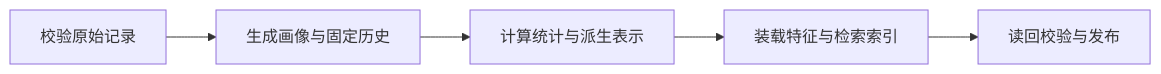
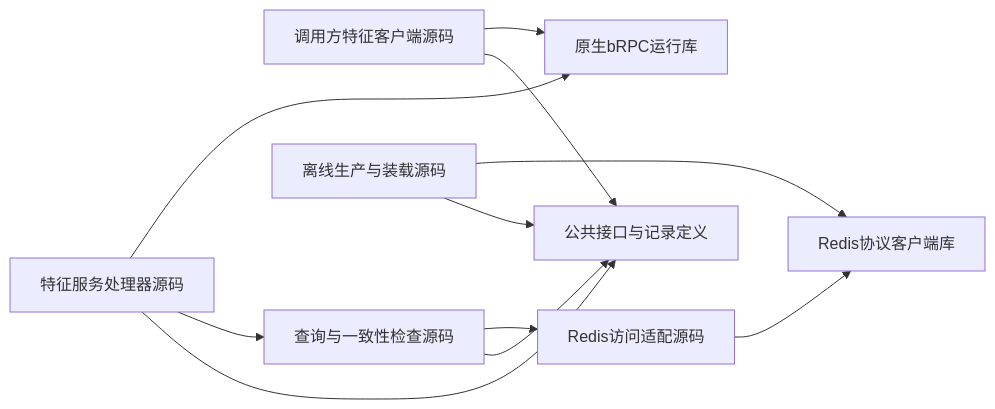
The diagram in diagrams/05_feature_data_02.mmd (bitianyuan123/docs), drawn with Mermaid before and after one commit. The commit also changed 141 other files, not shown here.

```diff
--- a/diagrams/05_feature_data_02.mmd
+++ b/diagrams/05_feature_data_02.mmd
@@ -1,5 +1,11 @@
 flowchart LR
-    A[校验原始记录] --> B[生成画像与固定历史]
-    B --> C[计算统计与派生表示]
-    C --> D[装载特征与检索索引]
-    D --> E[读回校验与发布]
+    C[调用方特征客户端源码] --> P[公共接口与记录定义]
+    C --> B[原生bRPC运行库]
+    H[特征服务处理器源码] --> P
+    H --> Q[查询与一致性检查源码]
+    H --> B
+    Q --> P
+    Q --> R[Redis访问适配源码]
+    R --> D[Redis协议客户端库]
+    L[离线生产与装载源码] --> P
+    L --> D
```
